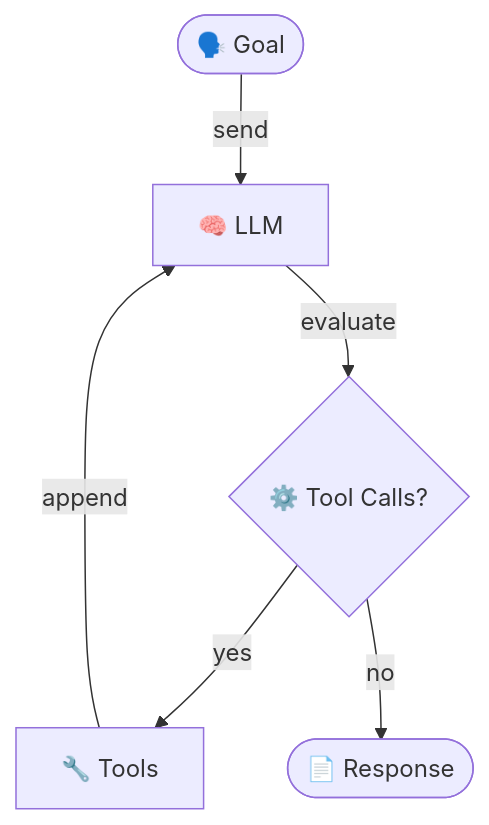
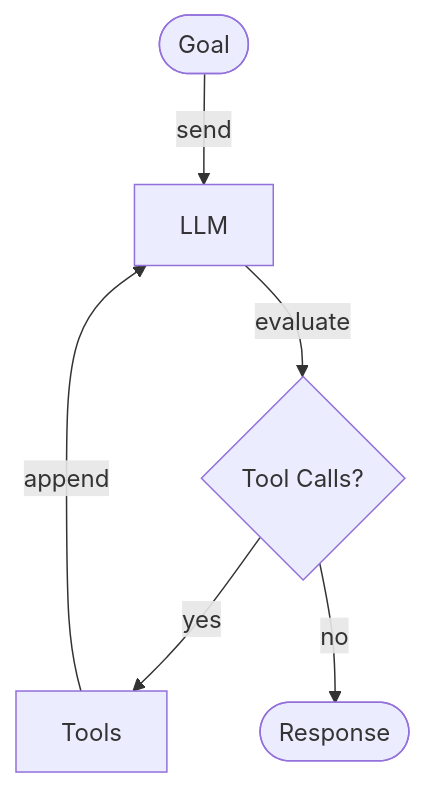
One commit to agenticloops-ai/agentic-ai-engineering changed the fourth of 8 diagrams in 01-foundations/workshop.md. Above: the diagram before and after it, drawn with Mermaid. The commit also changed other lines of this file, not shown here.

````diff
--- a/01-foundations/workshop.md
+++ b/01-foundations/workshop.md
@@ -325,8 +89,8 @@
 ```mermaid
 flowchart TD
-    A([🗣️ Goal]) -->|send| B[🧠 LLM]
-    B -->|evaluate| C{⚙️ Tool Calls?}
-    C -->|yes| E[🔧 Tools]
+    A([Goal]) -->|send| B[LLM]
+    B -->|evaluate| C{Tool Calls?}
+    C -->|yes| E[Tools]
     E -->|append| B
-    C -->|no| D([📄 Response])
+    C -->|no| D([Response])
 ```
````
